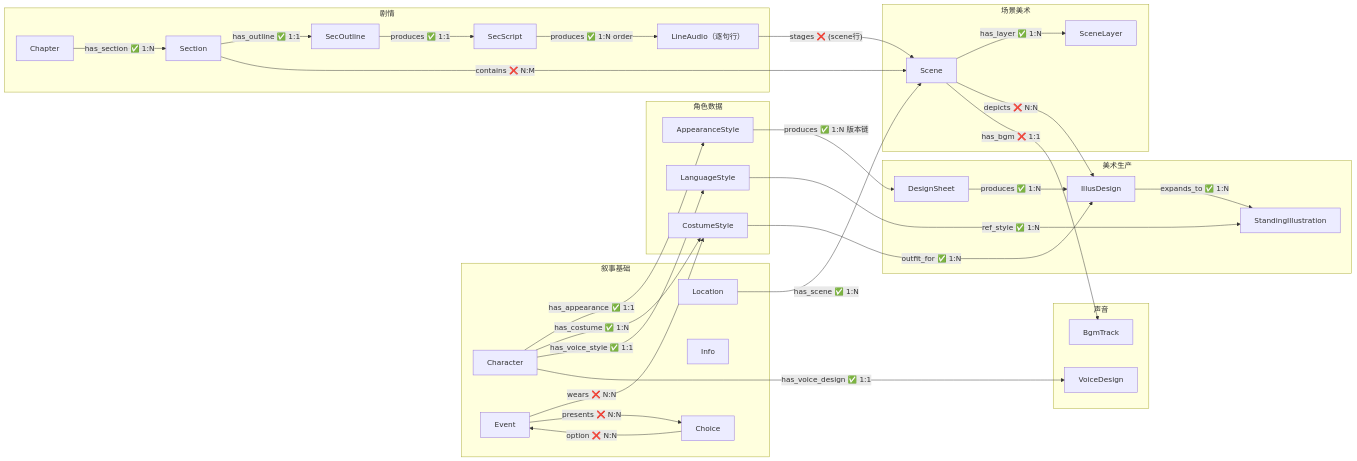
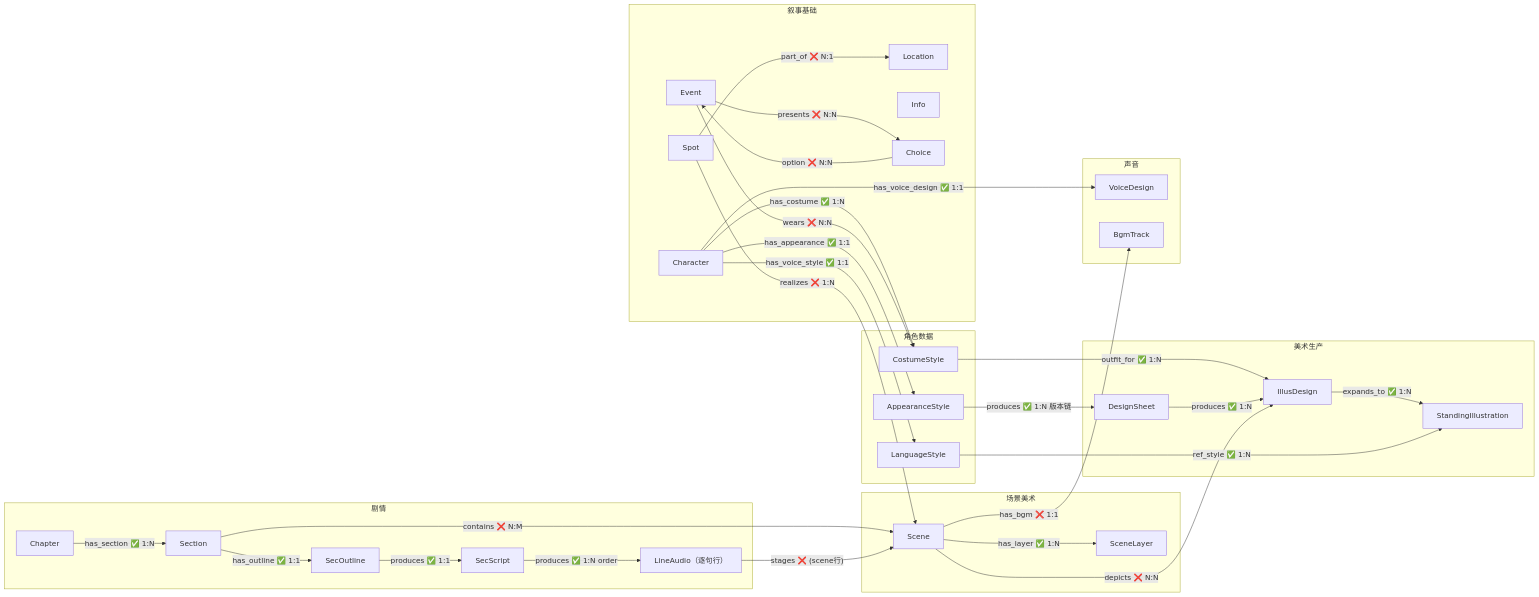
One commit to CrazyJinn/ProxyLove changed the diagram in 00_init/Schema总览.md. Above: the diagram before and after it, drawn with Mermaid. The commit also changed other lines of this file and 4 other files, not shown here.

First line of the commit message:
Schema：Event 定位归一为 Spot（occurs_at/part_of/realizes），has_scene 退役

````diff
--- a/00_init/Schema总览.md
+++ b/00_init/Schema总览.md
@@ -100,63 +102,65 @@
 ```mermaid
 flowchart LR
     subgraph 叙事["叙事基础"]
         Character["Character"]
         Event["Event"]
         Location["Location"]
+        Spot["Spot"]
         Info["Info"]
         Choice["Choice"]
     end
 
     subgraph 角色数据["角色数据"]
         Appearance["AppearanceStyle"]
         Costume["CostumeStyle"]
         Language["LanguageStyle"]
     end
 
     subgraph 美术生产["美术生产"]
         DesignSheet["DesignSheet"]
         IllusDesign["IllusDesign"]
         StandingIllus["StandingIllustration"]
     end
 
     subgraph 场景美术["场景美术"]
         Scene["Scene"]
         SceneLayer["SceneLayer"]
     end
 
     subgraph 声音["声音"]
         Voice["VoiceDesign"]
         BgmTrack["BgmTrack"]
     end
 
     subgraph 剧情["剧情"]
         Chapter["Chapter"]
         Section["Section"]
         SecOutline["SecOutline"]
         SecScript["SecScript"]
         LineAudio["LineAudio（逐句行）"]
     end
 
     Character -->|"has_appearance ✅ 1:1"| Appearance
     Character -->|"has_costume ✅ 1:N"| Costume
     Character -->|"has_voice_style ✅ 1:1"| Language
     Character -->|"has_voice_design ✅ 1:1"| Voice
     Appearance -->|"produces ✅ 1:N 版本链"| DesignSheet
     Costume -->|"outfit_for ✅ 1:N"| IllusDesign
     DesignSheet -->|"produces ✅ 1:N"| IllusDesign
     Event -->|"wears ❌ N:N"| Costume
     Event -->|"presents ❌ N:N"| Choice
     Choice -->|"option ❌ N:N"| Event
     IllusDesign -->|"expands_to ✅ 1:N"| StandingIllus
     Language -->|"ref_style ✅ 1:N"| StandingIllus
-    Location -->|"has_scene ✅ 1:N"| Scene
+    Spot -->|"part_of ❌ N:1"| Location
+    Spot -->|"realizes ❌ 1:N"| Scene
     Scene -->|"has_layer ✅ 1:N"| SceneLayer
     Chapter -->|"has_section ✅ 1:N"| Section
     Section -->|"has_outline ✅ 1:1"| SecOutline
     SecOutline -->|"produces ✅ 1:1"| SecScript
     SecScript -->|"produces ✅ 1:N order"| LineAudio
     Section -->|"contains ❌ N:M"| Scene
     LineAudio -->|"stages ❌ (scene行)"| Scene
     Scene -->|"depicts ❌ N:N"| IllusDesign
     Scene -->|"has_bgm ❌ 1:1"| BgmTrack
 ```
````
